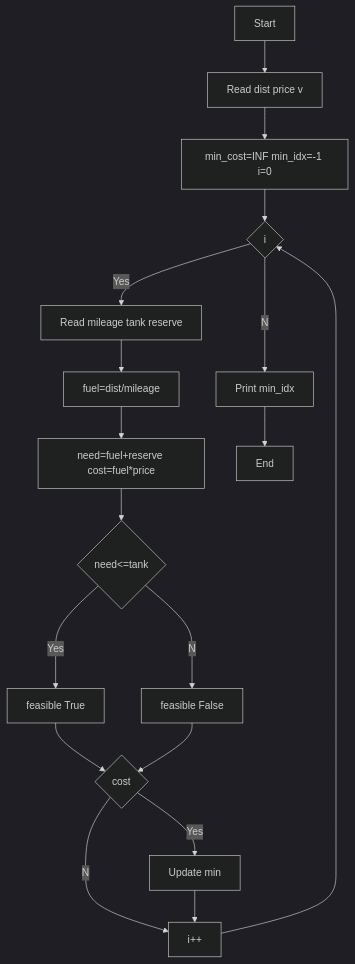
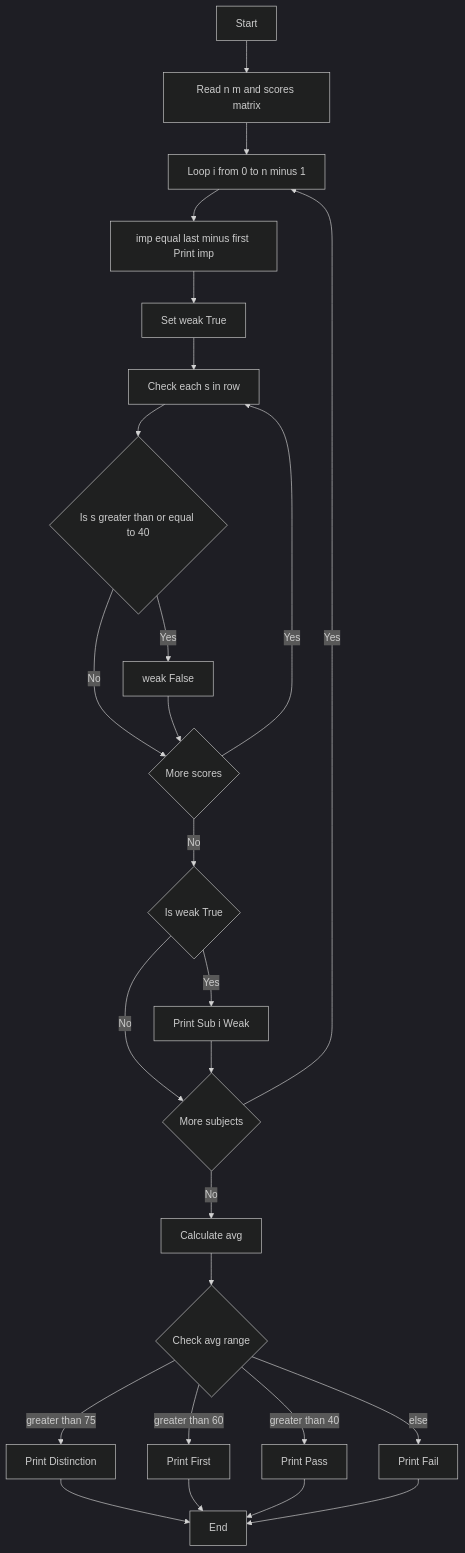
One commit to bhanusritirumala709-source/python-activity-Based-learning changed the diagram in task7/code.md. Above: the diagram before and after it, drawn with Mermaid (dark theme). The commit also changed other lines of this file, not shown here.

````diff
--- a/task7/code.md
+++ b/task7/code.md
@@ -6,20 +31,28 @@
 ```mermaid
 flowchart TD
-    A[Start]-->B[Read dist price v]
-    B-->C[min_cost=INF min_idx=-1 i=0]
-    C-->D{i<v}
-    D--Yes-->E[Read mileage tank reserve]
-    E-->F[fuel=dist/mileage]
-    F-->G[need=fuel+reserve cost=fuel*price]
-    G-->H{need<=tank}
-    H--Yes-->I[feasible True]
-    H--No-->J[feasible False]
-    I-->K{cost<min_cost}
-    J-->K
-    K--Yes-->L[Update min]
-    K--No-->M[i++]
-    L-->M
-    M-->D
-    D--No-->N[Print min_idx]
-    N-->O[End]
+    A[Start] --> B[Read n m and scores matrix]
+    B --> C[Loop i from 0 to n minus 1]
+    C --> D[imp equal last minus first Print imp]
+    D --> E[Set weak True]
+    E --> F[Check each s in row]
+    F --> G{Is s greater than or equal to 40}
+    G -- Yes --> H[weak False]
+    G -- No --> I{More scores}
+    H --> I
+    I -- Yes --> F
+    I -- No --> J{Is weak True}
+    J -- Yes --> K[Print Sub i Weak]
+    J -- No --> L{More subjects}
+    K --> L
+    L -- Yes --> C
+    L -- No --> M[Calculate avg]
+    M --> N{Check avg range}
+    N -- greater than 75 --> O[Print Distinction]
+    N -- greater than 60 --> P[Print First]
+    N -- greater than 40 --> Q[Print Pass]
+    N -- else --> R[Print Fail]
+    O --> S[End]
+    P --> S
+    Q --> S
+    R --> S
 ```
````
